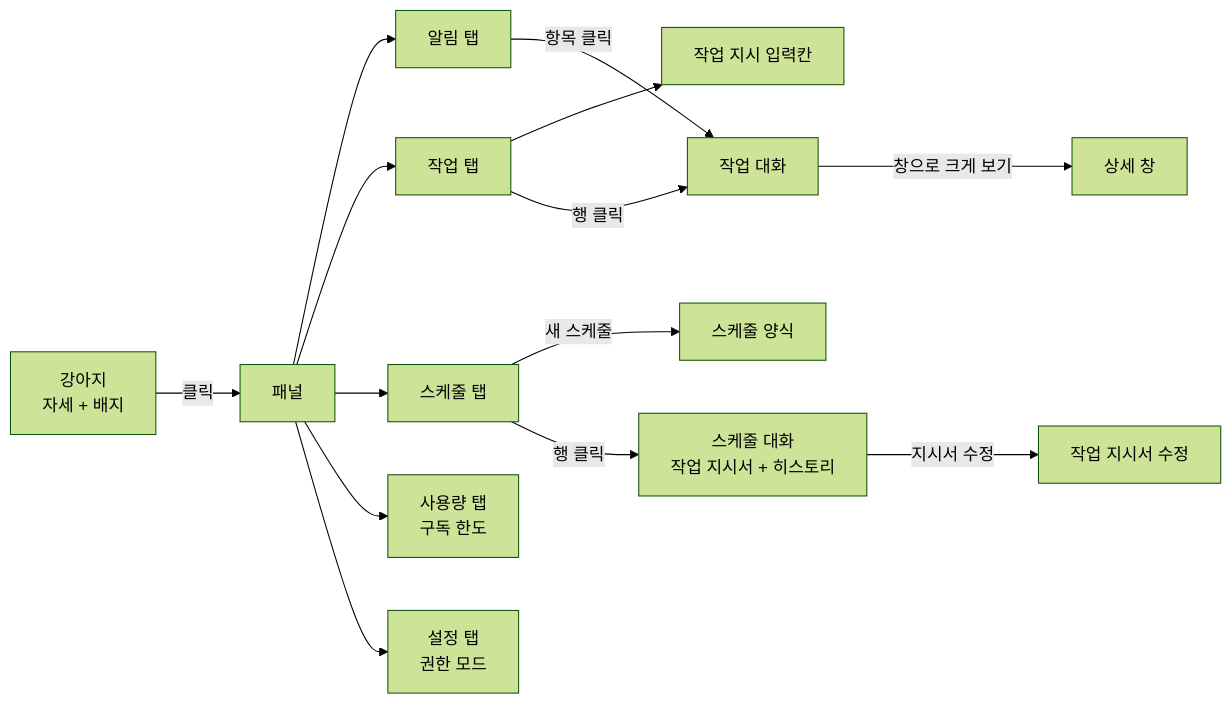
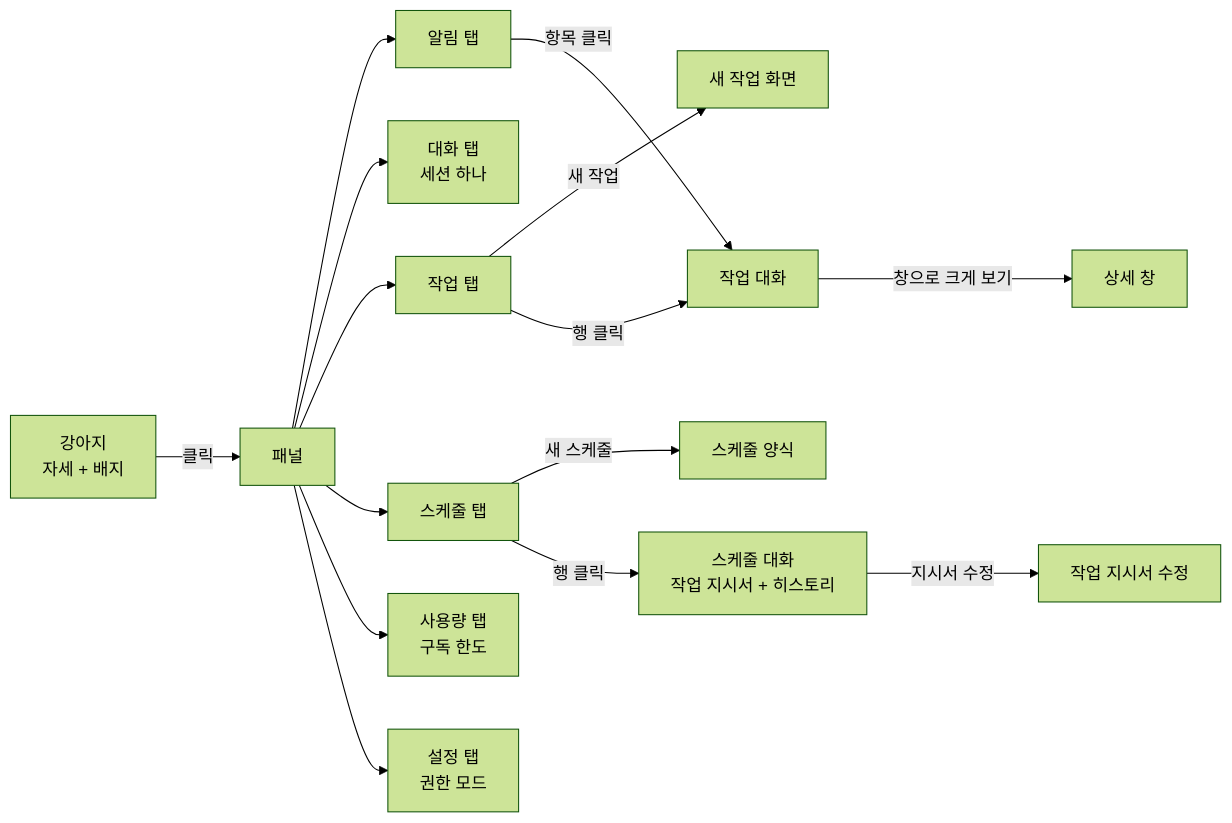
Before and after one commit to HEOSEONGILml/AssistantChatBot: the diagram in docs/design/2026-10-21-output-ui/README.md, drawn with Mermaid (forest theme). The commit also changed other lines of this file and 15 other files, not shown here.

````diff
--- a/docs/design/2026-10-21-output-ui/README.md
+++ b/docs/design/2026-10-21-output-ui/README.md
@@ -12,16 +12,17 @@
 ```mermaid
 flowchart LR
   Dog[강아지<br/>자세 + 배지] -->|클릭| Panel[패널]
   Panel --> Alerts[알림 탭]
+  Panel --> Chat[대화 탭<br/>세션 하나]
   Panel --> Tasks[작업 탭]
   Panel --> Schedules[스케줄 탭]
   Panel --> Usage[사용량 탭<br/>구독 한도]
   Panel --> Settings[설정 탭<br/>권한 모드]
-  Tasks --> TaskInput[작업 지시 입력칸]
+  Tasks -->|새 작업| TaskInput[새 작업 화면]
   Schedules -->|새 스케줄| SchedForm[스케줄 양식]
   Schedules -->|행 클릭| SchedDetail[스케줄 대화<br/>작업 지시서 + 히스토리]
   SchedDetail -->|지시서 수정| SchedEdit[작업 지시서 수정]
   Alerts -->|항목 클릭| Thread[작업 대화]
   Tasks -->|행 클릭| Thread
   Thread -->|창으로 크게 보기| Window[상세 창]
 ```
````
